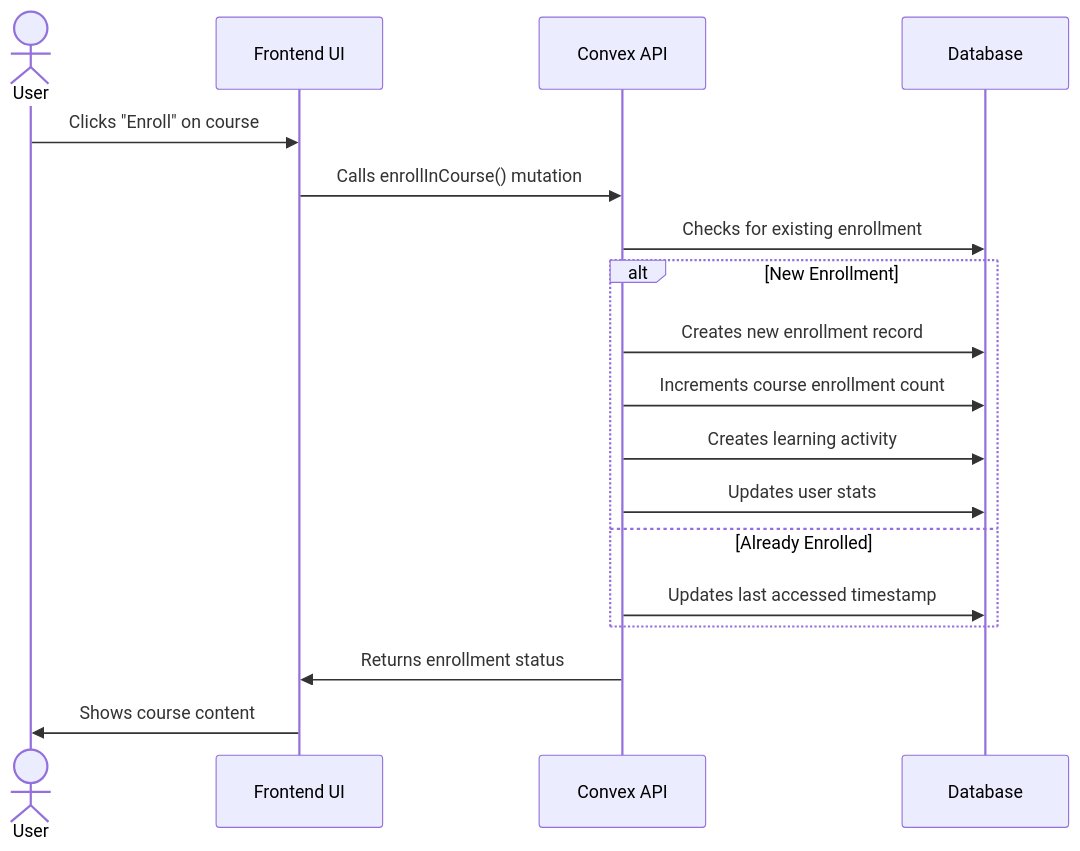
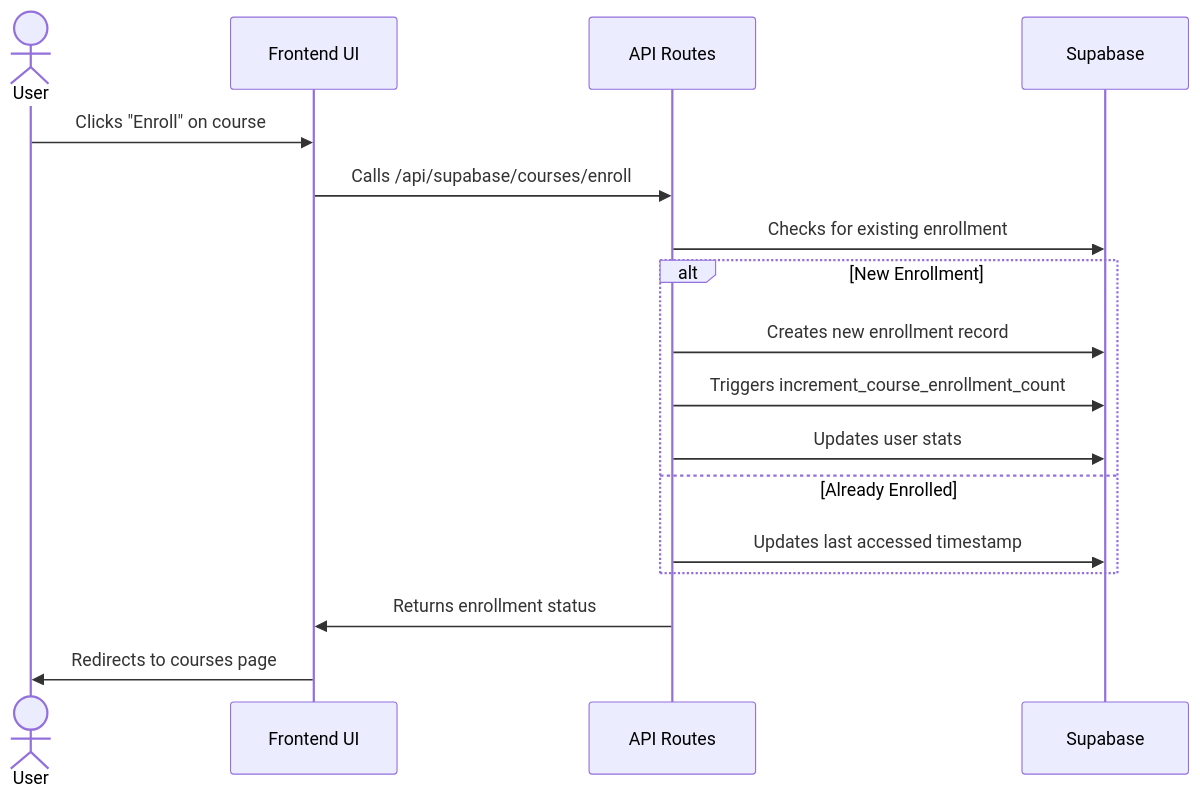
Before and after one commit to codeKobby/tenzzen-app: the third of 6 diagrams in docs/DATABASE_ARCHITECTURE.md, drawn with Mermaid. The commit also changed other lines of this file and 55 other files, not shown here.

````diff
--- a/docs/DATABASE_ARCHITECTURE.md
+++ b/docs/DATABASE_ARCHITECTURE.md
@@ -377,21 +133,20 @@
 ```mermaid
 sequenceDiagram
     actor User
     participant UI as Frontend UI
-    participant API as Convex API
-    participant DB as Database
+    participant API as API Routes
+    participant DB as Supabase
 
     User->>UI: Clicks "Enroll" on course
-    UI->>API: Calls enrollInCourse() mutation
+    UI->>API: Calls /api/supabase/courses/enroll
     API->>DB: Checks for existing enrollment
     alt New Enrollment
         API->>DB: Creates new enrollment record
-        API->>DB: Increments course enrollment count
-        API->>DB: Creates learning activity
+        API->>DB: Triggers increment_course_enrollment_count
         API->>DB: Updates user stats
     else Already Enrolled
         API->>DB: Updates last accessed timestamp
     end
     API->>UI: Returns enrollment status
-    UI->>User: Shows course content
+    UI->>User: Redirects to courses page
 ```
````
